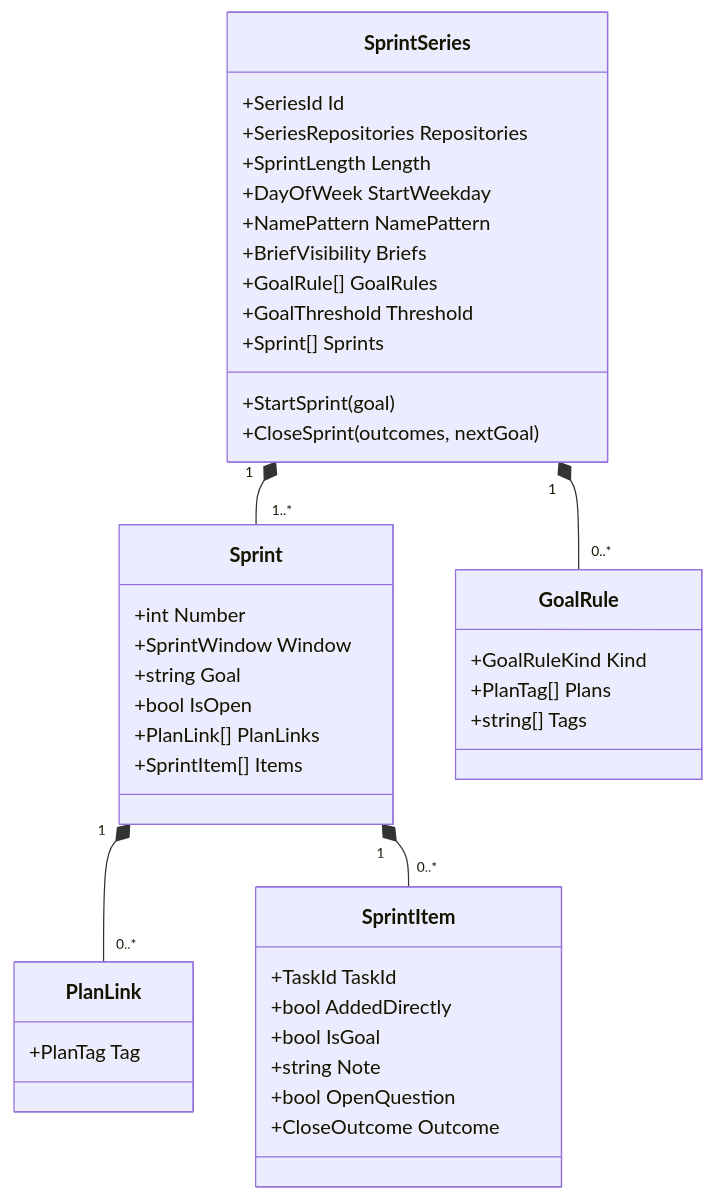
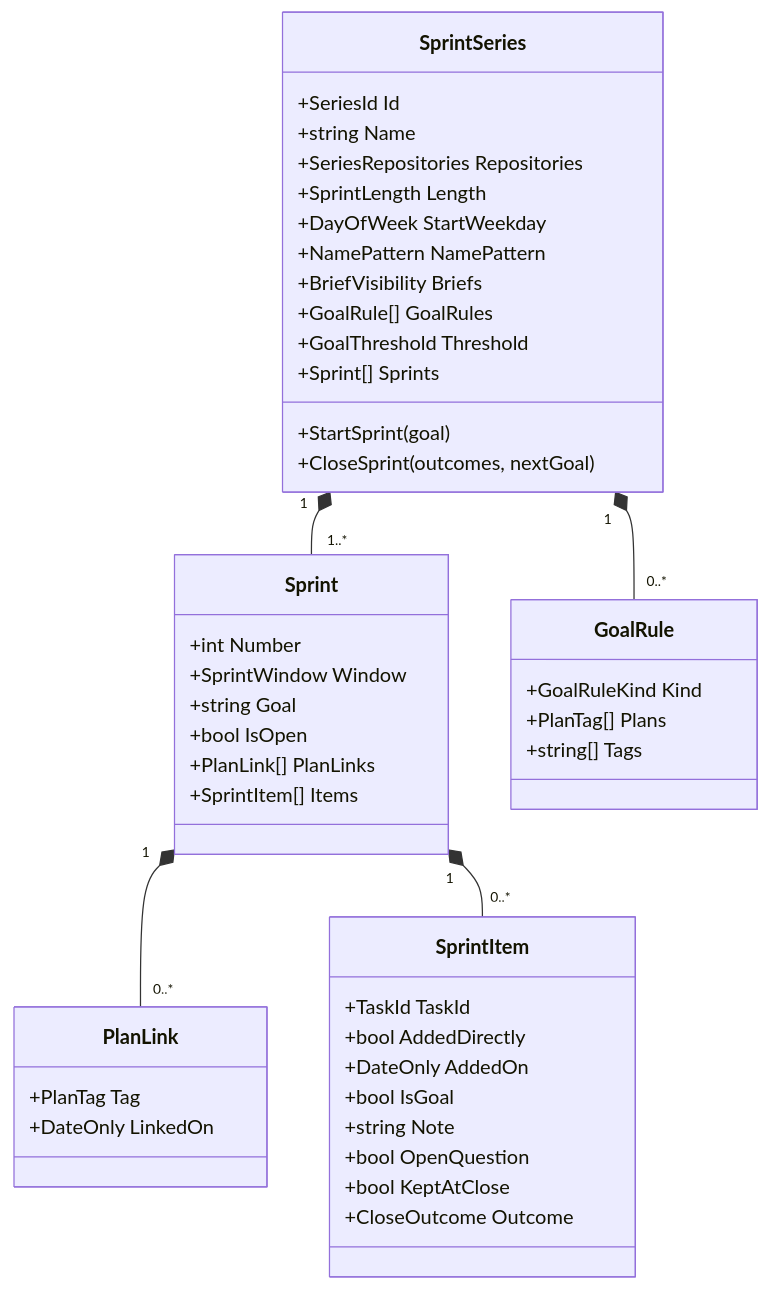
Before and after one commit to JSdotNet/Backlog: the diagram in .devbook/domain/progress/model.md, drawn with Mermaid. The commit also changed 3 other files, not shown here.

````diff
--- a/.devbook/domain/progress/model.md
+++ b/.devbook/domain/progress/model.md
@@ -17,49 +17,53 @@
 ```mermaid
 classDiagram
     class SprintSeries {
         +SeriesId Id
+        +string Name
         +SeriesRepositories Repositories
         +SprintLength Length
         +DayOfWeek StartWeekday
         +NamePattern NamePattern
         +BriefVisibility Briefs
         +GoalRule[] GoalRules
         +GoalThreshold Threshold
         +Sprint[] Sprints
         +StartSprint(goal)
         +CloseSprint(outcomes, nextGoal)
     }
 
     class Sprint {
         +int Number
         +SprintWindow Window
         +string Goal
         +bool IsOpen
         +PlanLink[] PlanLinks
         +SprintItem[] Items
     }
 
     class SprintItem {
         +TaskId TaskId
         +bool AddedDirectly
+        +DateOnly AddedOn
         +bool IsGoal
         +string Note
         +bool OpenQuestion
+        +bool KeptAtClose
         +CloseOutcome Outcome
     }
 
     class PlanLink {
         +PlanTag Tag
+        +DateOnly LinkedOn
     }
 
     class GoalRule {
         +GoalRuleKind Kind
         +PlanTag[] Plans
         +string[] Tags
     }
 
     SprintSeries "1" *-- "1..*" Sprint
     Sprint "1" *-- "0..*" PlanLink
     Sprint "1" *-- "0..*" SprintItem
     SprintSeries "1" *-- "0..*" GoalRule
 ```
````
